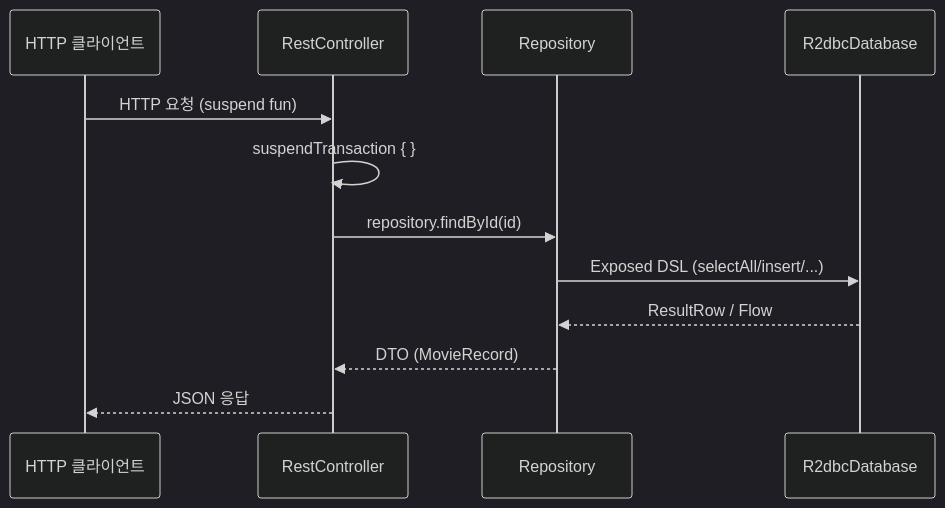
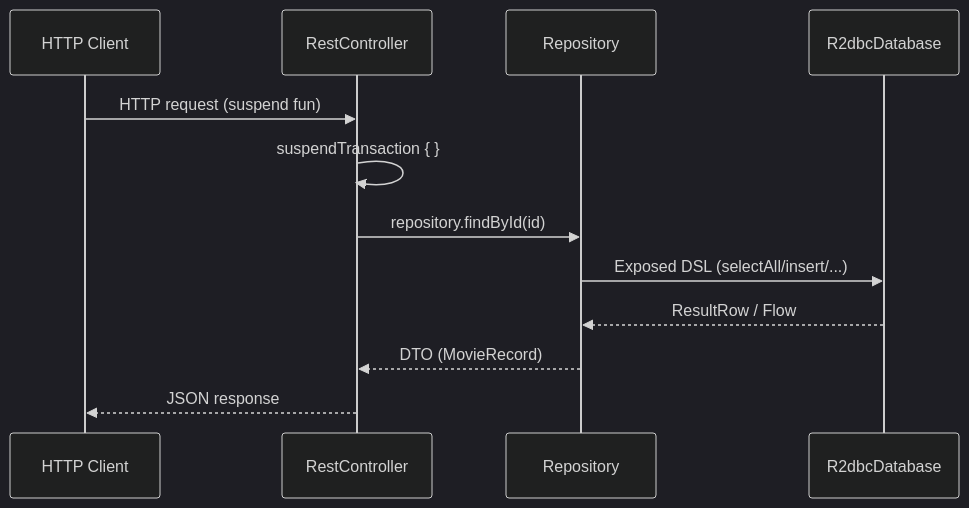
The third of 3 diagrams in 01-spring-boot/spring-webflux-exposed/README.md (bluetape4k/exposed-r2dbc-workshop), drawn with Mermaid (dark theme) before and after one commit. The commit also changed other lines of this file and 63 other files, not shown here.

First line of the commit message:
docs: 전 모듈 README Mermaid UML 추가 및 영/한 이중화

````diff
--- a/01-spring-boot/spring-webflux-exposed/README.md
+++ b/01-spring-boot/spring-webflux-exposed/README.md
@@ -128,14 +161,14 @@
 ```mermaid
 sequenceDiagram
-    participant Client as HTTP 클라이언트
+    participant Client as HTTP Client
     participant Controller as RestController
     participant Repo as Repository
     participant DB as R2dbcDatabase
-    Client ->> Controller: HTTP 요청 (suspend fun)
+    Client ->> Controller: HTTP request (suspend fun)
     Controller ->> Controller: suspendTransaction { }
     Controller ->> Repo: repository.findById(id)
     Repo ->> DB: Exposed DSL (selectAll/insert/...)
     DB -->> Repo: ResultRow / Flow
     Repo -->> Controller: DTO (MovieRecord)
-    Controller -->> Client: JSON 응답
+    Controller -->> Client: JSON response
 ```
````
